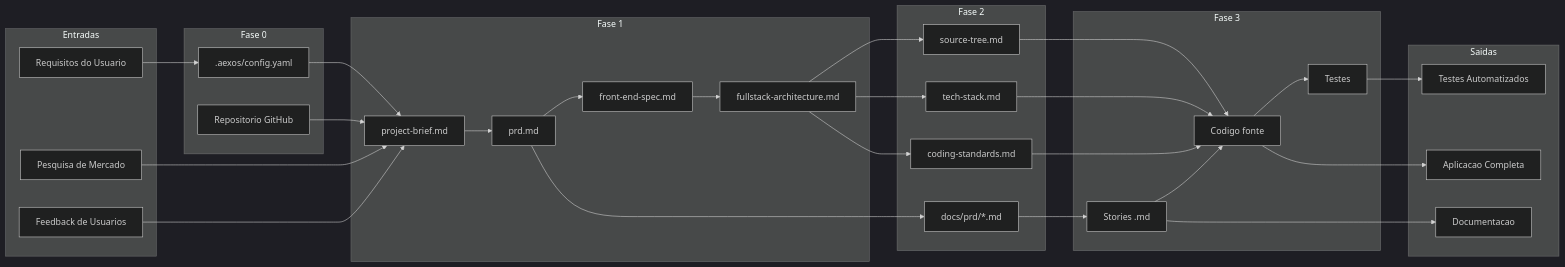
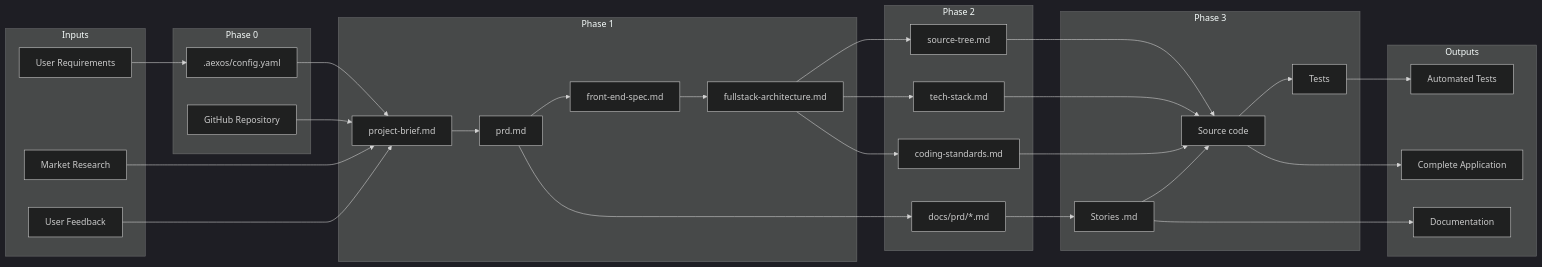
One commit to CyryxLabs/AEXOS changed the eighth of 9 diagrams in docs/aexos-workflows/greenfield-fullstack-workflow.md. Above: the diagram before and after it, drawn with Mermaid (dark theme). The commit also changed other lines of this file and 528 other files, not shown here.

````diff
--- a/docs/aexos-workflows/greenfield-fullstack-workflow.md
+++ b/docs/aexos-workflows/greenfield-fullstack-workflow.md
@@ -570,65 +570,65 @@
 ```mermaid
 flowchart LR
-    subgraph Entradas
-        I1[Requisitos do Usuario]
-        I2[Pesquisa de Mercado]
-        I3[Feedback de Usuarios]
+    subgraph Inputs
+        I1[User Requirements]
+        I2[Market Research]
+        I3[User Feedback]
     end
 
-    subgraph Fase0["Fase 0"]
+    subgraph Fase0["Phase 0"]
         E1[.aexos/config.yaml]
-        E2[Repositorio GitHub]
+        E2[GitHub Repository]
     end
 
-    subgraph Fase1["Fase 1"]
+    subgraph Fase1["Phase 1"]
         P1[project-brief.md]
         P2[prd.md]
         P3[front-end-spec.md]
         P4[fullstack-architecture.md]
     end
 
-    subgraph Fase2["Fase 2"]
+    subgraph Fase2["Phase 2"]
         S1[docs/prd/*.md]
         S2[source-tree.md]
         S3[tech-stack.md]
         S4[coding-standards.md]
     end
 
-    subgraph Fase3["Fase 3"]
+    subgraph Fase3["Phase 3"]
         D1[Stories .md]
-        D2[Codigo fonte]
-        D3[Testes]
+        D2[Source code]
+        D3[Tests]
     end
 
-    subgraph Saidas
-        O1[Aplicacao Completa]
-        O2[Documentacao]
-        O3[Testes Automatizados]
+    subgraph Outputs
+        O1[Complete Application]
+        O2[Documentation]
+        O3[Automated Tests]
     end
 
     I1 --> E1
     I2 --> P1
     I3 --> P1
 
     E1 --> P1
     E2 --> P1
     P1 --> P2
     P2 --> P3
     P3 --> P4
 
     P2 --> S1
     P4 --> S2
     P4 --> S3
     P4 --> S4
 
     S1 --> D1
     S2 --> D2
     S3 --> D2
     S4 --> D2
     D1 --> D2
     D2 --> D3
 
     D2 --> O1
     D1 --> O2
     D3 --> O3
 ```
````
